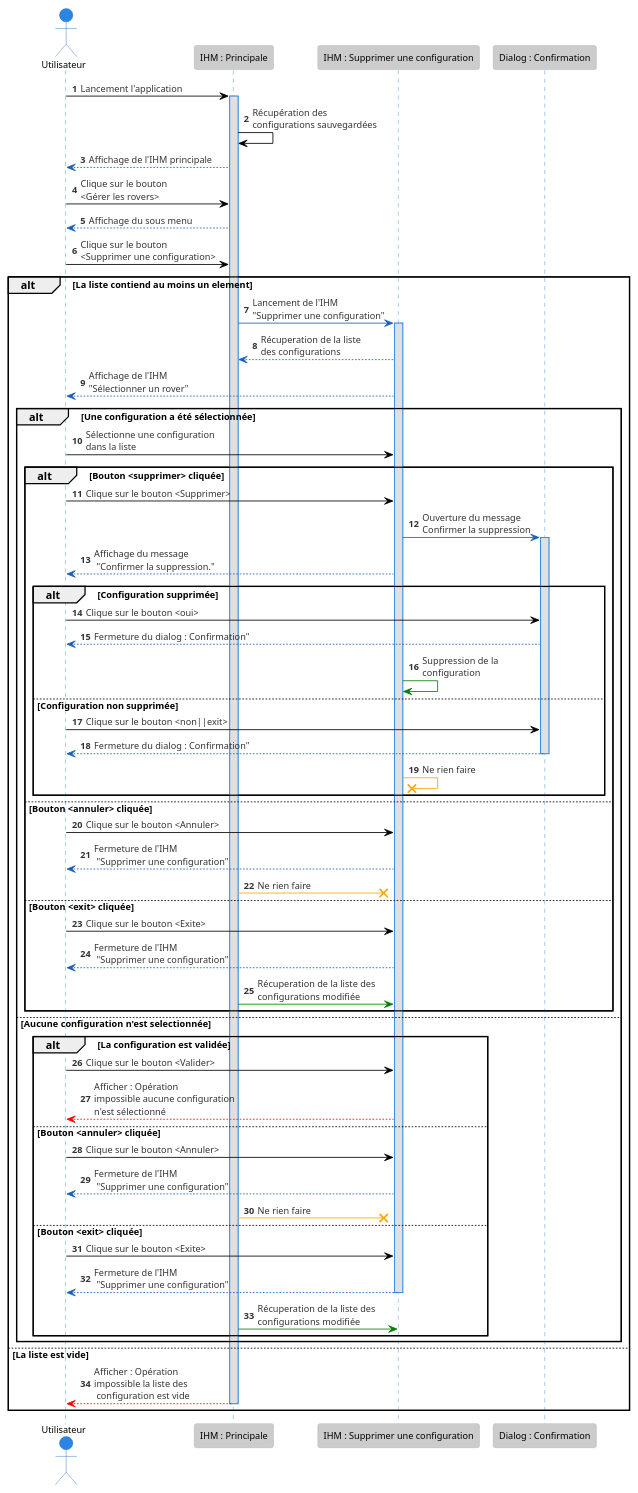
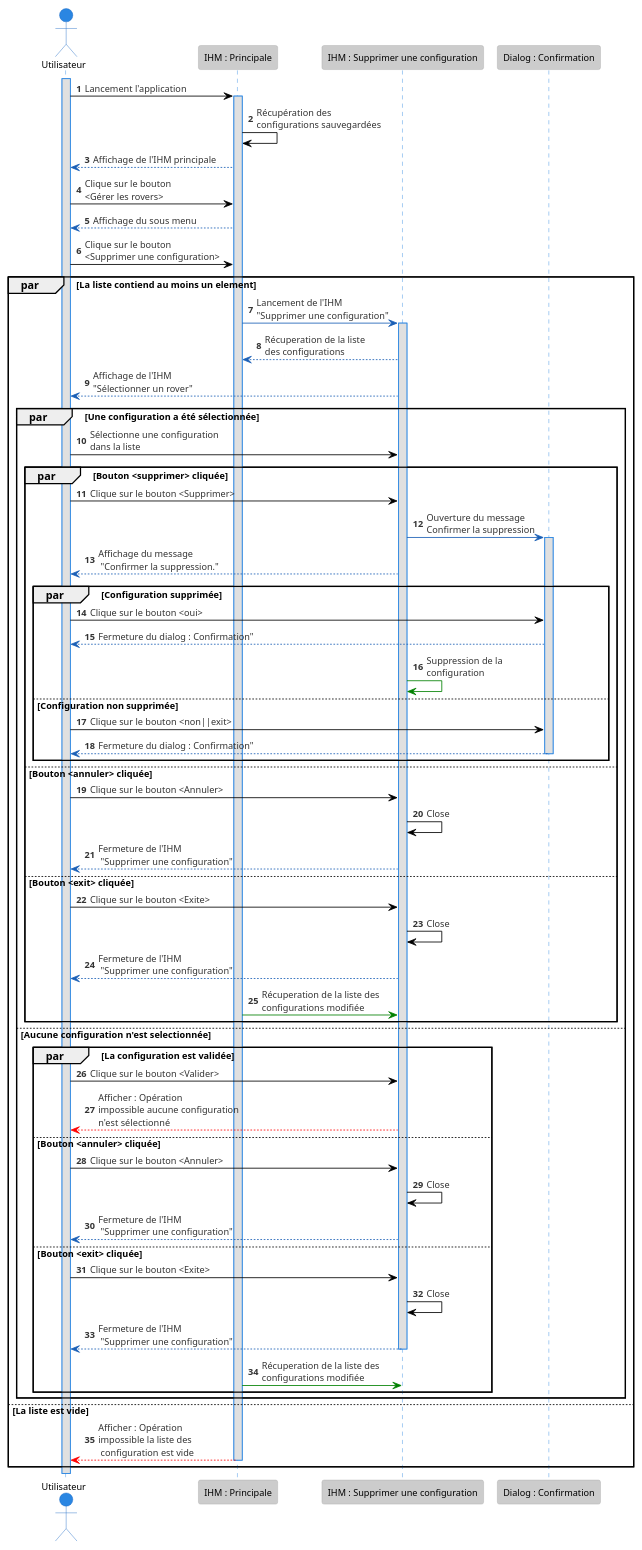
Before and after one commit to GuillaumeMCK/WifiBot-Manager: the diagram in Diagrammes/séquences/dds_supprimer_configuration.plantuml, drawn with PlantUML. The commit also changed 6 other files, not shown here.

Commit message:
update diagrammes

```diff
--- a/Diagrammes/séquences/dds_supprimer_configuration.plantuml
+++ b/Diagrammes/séquences/dds_supprimer_configuration.plantuml
@@ -1,69 +1,71 @@
 @startuml
 !theme reddress-lightblue
 
 actor Utilisateur as Utilisateur
 participant IHM_Principale as "IHM : Principale"
 participant IHM_DelConfig as "IHM : Supprimer une configuration"
 participant DIALOG_DelConfig as "Dialog : Confirmation"
 
 autonumber 1
+Utilisateur++
 Utilisateur -> IHM_Principale ++ : Lancement l'application
 IHM_Principale -> IHM_Principale : Récupération des \nconfigurations sauvegardées
 IHM_Principale [#1A5FB6]--> Utilisateur : Affichage de l'IHM principale
 
 Utilisateur -> IHM_Principale : Clique sur le bouton \n<Gérer les rovers>
 IHM_Principale [#1A5FB6]--> Utilisateur : Affichage du sous menu
 Utilisateur -> IHM_Principale : Clique sur le bouton \n<Supprimer une configuration>
 
-alt La liste contiend au moins un element
+par La liste contiend au moins un element
    IHM_Principale [#1A5FB6]->  IHM_DelConfig ++: Lancement de l'IHM\n"Supprimer une configuration" 
    IHM_Principale <--[#1A5FB6] IHM_DelConfig : Récuperation de la liste \ndes configurations
    IHM_DelConfig [#1A5FB6]--> Utilisateur : Affichage de l'IHM \n"Sélectionner un rover"
    
-   alt Une configuration a été sélectionnée
+   par Une configuration a été sélectionnée
       Utilisateur -> IHM_DelConfig : Sélectionne une configuration \ndans la liste
 
-      alt Bouton <supprimer> cliquée
+      par Bouton <supprimer> cliquée
          Utilisateur ->IHM_DelConfig : Clique sur le bouton <Supprimer>
          IHM_DelConfig [#1A5FB6]-> DIALOG_DelConfig ++ : Ouverture du message\nConfirmer la suppression
          IHM_DelConfig [#1A5FB6]--> Utilisateur  : Affichage du message\n "Confirmer la suppression."
 
-            alt Configuration supprimée
+            par Configuration supprimée
                 Utilisateur ->DIALOG_DelConfig : Clique sur le bouton <oui>
                 DIALOG_DelConfig [#1A5FB6]--> Utilisateur : Fermeture du dialog : Confirmation"
                 IHM_DelConfig [#green]->IHM_DelConfig : Suppression de la \nconfiguration
             else Configuration non supprimée
                 Utilisateur ->DIALOG_DelConfig : Clique sur le bouton <non||exit>
                 DIALOG_DelConfig [#1A5FB6]--> Utilisateur --: Fermeture du dialog : Confirmation"
-                IHM_DelConfig [#orange]-x IHM_DelConfig : Ne rien faire
             end
       else Bouton <annuler> cliquée
          Utilisateur ->IHM_DelConfig : Clique sur le bouton <Annuler>
+         IHM_DelConfig -> IHM_DelConfig : Close
          IHM_DelConfig [#1A5FB6]--> Utilisateur : Fermeture de l'IHM\n "Supprimer une configuration"
-         IHM_Principale [#orange]-x IHM_DelConfig : Ne rien faire
        else Bouton <exit> cliquée
          Utilisateur ->IHM_DelConfig : Clique sur le bouton <Exite>
+         IHM_DelConfig -> IHM_DelConfig : Close
          IHM_DelConfig [#1A5FB6]--> Utilisateur : Fermeture de l'IHM\n "Supprimer une configuration"
          IHM_Principale [#green]-> IHM_DelConfig : Récuperation de la liste des \nconfigurations modifiée
       end
    else Aucune configuration n'est selectionnée
 
-      alt La configuration est validée
+      par La configuration est validée
          Utilisateur ->IHM_DelConfig : Clique sur le bouton <Valider>
          IHM_DelConfig [#red]-->Utilisateur : Afficher : Opération\nimpossible aucune configuration \nn'est sélectionné
 
       else Bouton <annuler> cliquée
          Utilisateur ->IHM_DelConfig : Clique sur le bouton <Annuler>
+         IHM_DelConfig -> IHM_DelConfig : Close
          IHM_DelConfig [#1A5FB6]--> Utilisateur : Fermeture de l'IHM\n "Supprimer une configuration"
-         IHM_Principale [#orange]-x IHM_DelConfig : Ne rien faire
       else Bouton <exit> cliquée
          Utilisateur ->IHM_DelConfig : Clique sur le bouton <Exite>
+         IHM_DelConfig -> IHM_DelConfig : Close
          IHM_DelConfig [#1A5FB6]--> Utilisateur --: Fermeture de l'IHM\n "Supprimer une configuration"
          IHM_Principale [#green]-> IHM_DelConfig : Récuperation de la liste des \nconfigurations modifiée
       end
       
    end
 else La liste est vide
       IHM_Principale [#red]-->Utilisateur --: Afficher : Opération\nimpossible la liste des\n configuration est vide
 end
 @enduml
```
